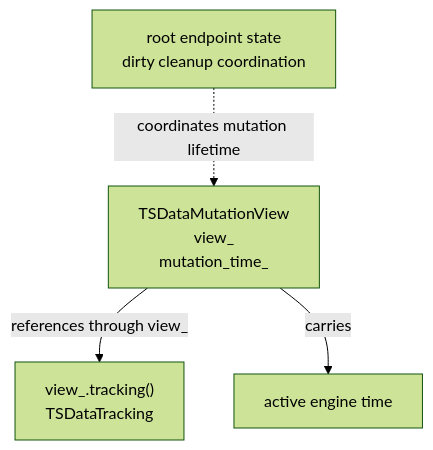
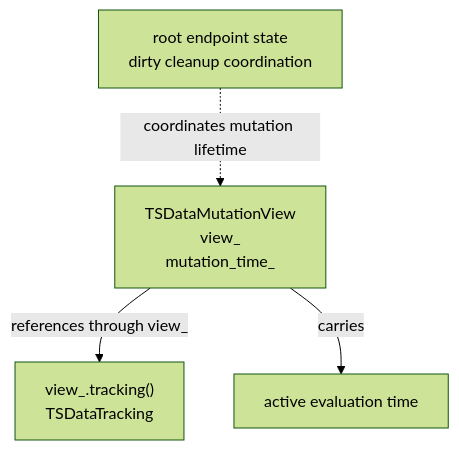
Before and after one commit to hhenson/hg_cpp: the eighth of 10 diagrams in docs/source/developer_guide/data_structures/plans_and_ops/time_series.rst, drawn with Mermaid (forest theme). The commit also changed other lines of this file and 109 other files, not shown here.

```diff
--- a/docs/source/developer_guide/data_structures/plans_and_ops/time_series.rst
+++ b/docs/source/developer_guide/data_structures/plans_and_ops/time_series.rst
@@ -810,11 +810,11 @@
 .. mermaid::
 
    flowchart TD
       Mutation["TSDataMutationView<br/>view_<br/>mutation_time_"]
       Tracking["view_.tracking()<br/>TSDataTracking"]
-      EngineTime["active engine time"]
+      EvaluationTime["active evaluation time"]
       Root["root endpoint state<br/>dirty cleanup coordination"]
 
       Mutation -->|references through view_| Tracking
-      Mutation -->|carries| EngineTime
+      Mutation -->|carries| EvaluationTime
       Root -.coordinates mutation lifetime.-> Mutation
```
